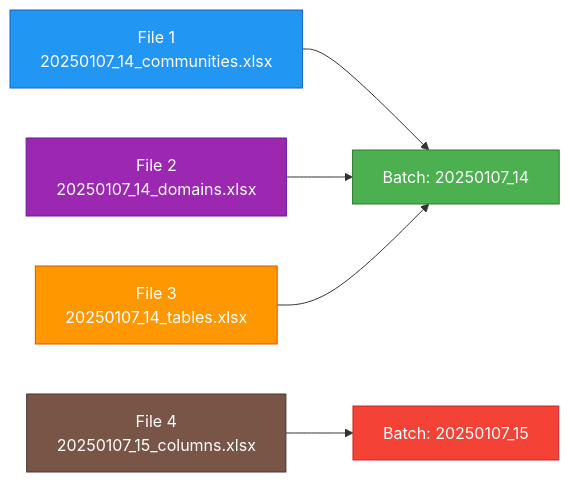
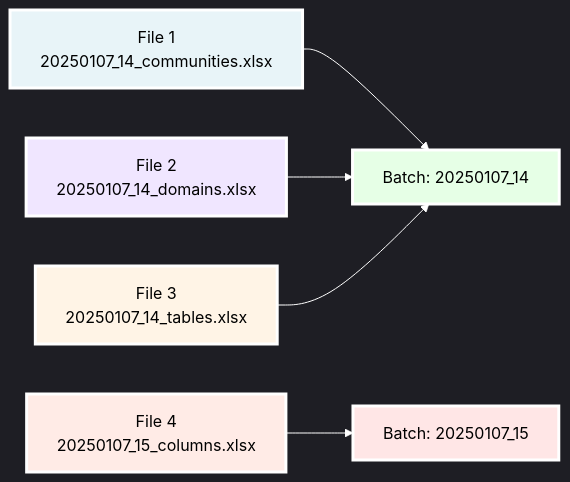
One commit to GMartin-Data/e1-certification changed the fifth of 7 diagrams in docs/architecture/etl-workflow.md. Above: the diagram before and after it, drawn with Mermaid. The commit also changed other lines of this file, not shown here.

Commit message:
docs: improve graphs readability in etl-workflow.md

````diff
--- a/docs/architecture/etl-workflow.md
+++ b/docs/architecture/etl-workflow.md
@@ -152,14 +245,34 @@
 ```mermaid
+%%{init: {
+  'theme': 'dark',
+  'themeVariables': {
+    'primaryColor': '#1a1a1a',
+    'primaryTextColor': '#ffffff',
+    'primaryBorderColor': '#ffffff',
+    'background': '#000000',
+    'mainBkg': '#1a1a1a',
+    'lineColor': '#ffffff'
+  }
+}}%%
+
 graph LR
     A[File 1<br/>20250107_14_communities.xlsx] --> D[Batch: 20250107_14]
     B[File 2<br/>20250107_14_domains.xlsx] --> D
     C[File 3<br/>20250107_14_tables.xlsx] --> D
     E[File 4<br/>20250107_15_columns.xlsx] --> F[Batch: 20250107_15]
 
-    style D fill:#4CAF50,stroke:#2E7D32,color:#fff
-    style F fill:#F44336,stroke:#C62828,color:#fff
-    style A fill:#2196F3,stroke:#1565C0,color:#fff
-    style B fill:#9C27B0,stroke:#6A1B9A,color:#fff
-    style C fill:#FF9800,stroke:#E65100,color:#fff
-    style E fill:#795548,stroke:#4E342E,color:#fff
+    %% Coherent pastel colors with optimal readability
+    classDef batchSuccess fill:#E6FFE6,stroke:#ffffff,stroke-width:3px,color:#000
+    classDef batchPending fill:#FFE6E6,stroke:#ffffff,stroke-width:3px,color:#000
+    classDef fileCommunities fill:#E8F4F8,stroke:#ffffff,stroke-width:3px,color:#000
+    classDef fileDomains fill:#F0E6FF,stroke:#ffffff,stroke-width:3px,color:#000
+    classDef fileTables fill:#FFF4E6,stroke:#ffffff,stroke-width:3px,color:#000
+    classDef fileColumns fill:#FFEBE6,stroke:#ffffff,stroke-width:3px,color:#000
+
+    class D batchSuccess
+    class F batchPending
+    class A fileCommunities
+    class B fileDomains
+    class C fileTables
+    class E fileColumns
 ```
````
